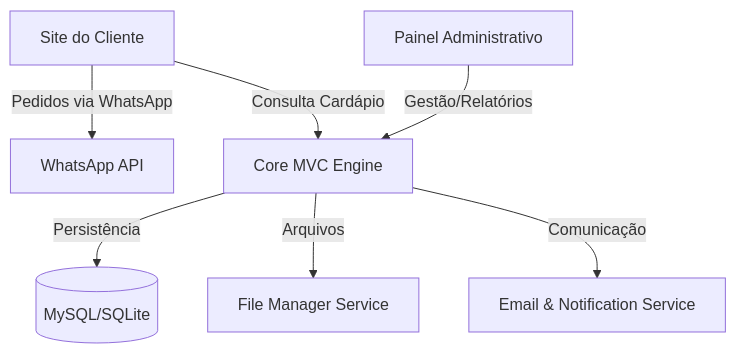
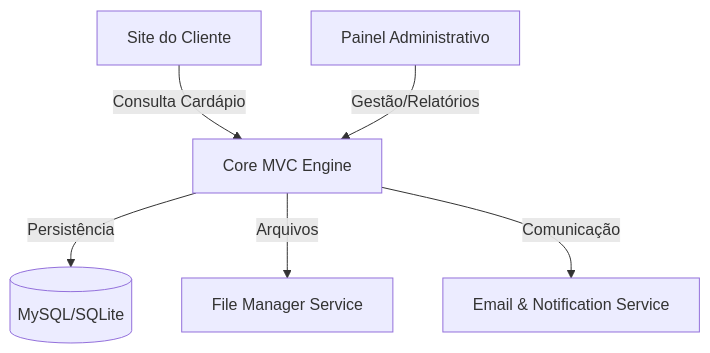
One commit to Guest4hu/Tadalas_Burguer changed the diagram in README.md. Above: the diagram before and after it, drawn with Mermaid.

````diff
--- a/README.md
+++ b/README.md
@@ -17,9 +17,9 @@
 ```mermaid
 graph TD
-    Client[Site do Cliente] -->|Pedidos via WhatsApp| WA[WhatsApp API]
+    Client[Site do Cliente]
     Client -->|Consulta Cardápio| Backend[Core MVC Engine]
     Admin[Painel Administrativo] -->|Gestão/Relatórios| Backend
     Backend -->|Persistência| DB[(MySQL/SQLite)]
     Backend -->|Arquivos| FM[File Manager Service]
     Backend -->|Comunicação| MS[Email & Notification Service]
 ```
````
